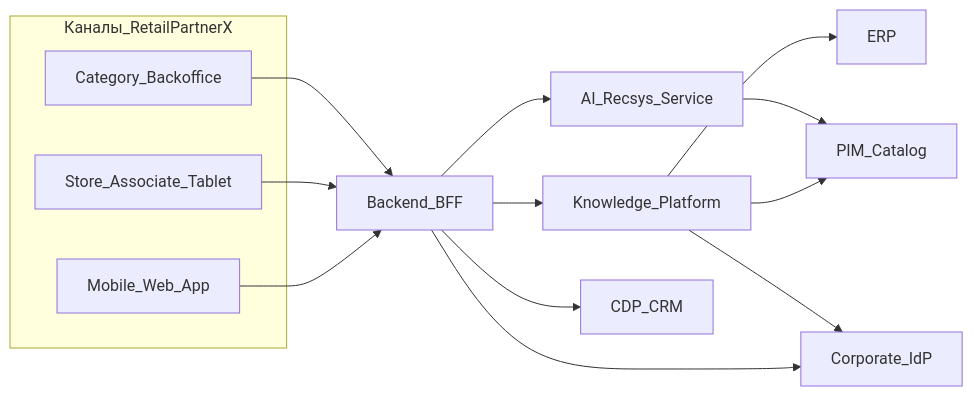
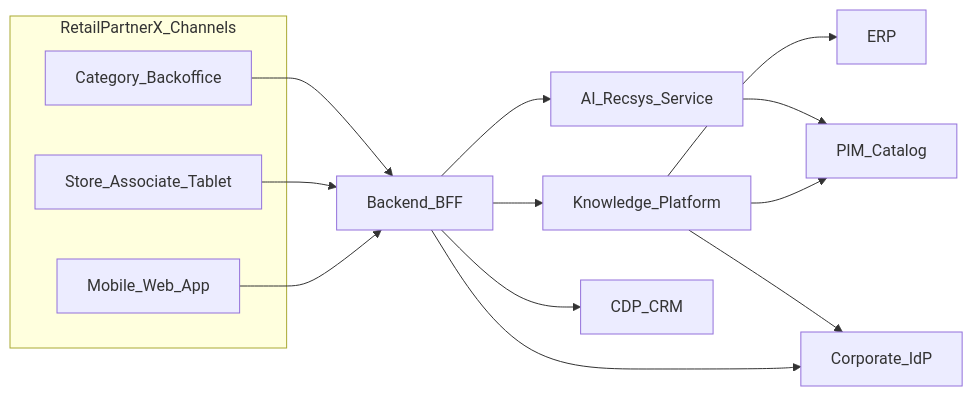
One commit to YuesIt17/yuit-docs-ai-architect-platform changed the diagram in architecture/docs/c4-context.md. Above: the diagram before and after it, drawn with Mermaid. The commit also changed other lines of this file and 71 other files, not shown here.

````diff
--- a/architecture/docs/c4-context.md
+++ b/architecture/docs/c4-context.md
@@ -23,27 +23,27 @@
 ```mermaid
 flowchart LR
-  subgraph channels [Каналы_RetailPartnerX]
+  subgraph channels [RetailPartnerX_Channels]
     App[Mobile_Web_App]
     Tablet[Store_Associate_Tablet]
     Backoffice[Category_Backoffice]
   end
   BFF[Backend_BFF]
   KP[Knowledge_Platform]
   Recsys[AI_Recsys_Service]
   PIM[PIM_Catalog]
   CDP[CDP_CRM]
   ERP[ERP]
   IdP[Corporate_IdP]
 
   App --> BFF
   Tablet --> BFF
   Backoffice --> BFF
   BFF --> KP
   BFF --> Recsys
   KP --> PIM
   KP --> ERP
   Recsys --> PIM
   BFF --> CDP
   BFF --> IdP
   KP --> IdP
 ```
````
